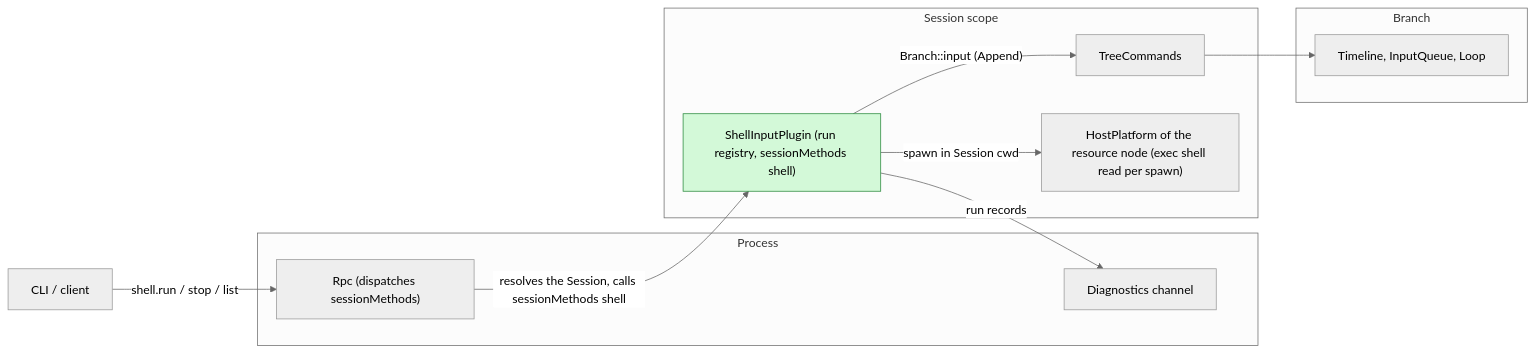
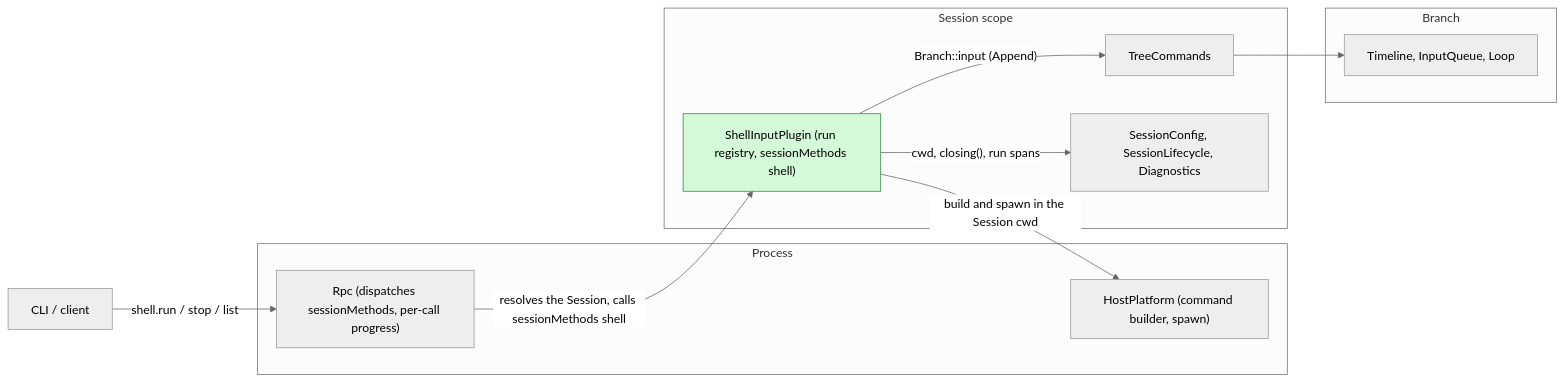
One commit to CoutinhoTTS/dim-agent changed the first of 3 diagrams in docs/design/plugins/ShellInput.md. Above: the diagram before and after it, drawn with Mermaid (neutral theme). The commit also changed other lines of this file, not shown here.

````diff
--- a/docs/design/plugins/ShellInput.md
+++ b/docs/design/plugins/ShellInput.md
@@ -11,23 +9,23 @@
 ```mermaid
 flowchart LR
   CLI["CLI / client"]
   subgraph P["Process"]
-    RPC["Rpc (dispatches sessionMethods)"]
-    DG["Diagnostics channel"]
+    RPC["Rpc (dispatches sessionMethods, per-call progress)"]
+    HP["HostPlatform (command builder, spawn)"]
   end
   subgraph S["Session scope"]
     SI["ShellInputPlugin (run registry, sessionMethods shell)"]:::new
     TC["TreeCommands"]
-    HP["HostPlatform of the resource node (exec shell read per spawn)"]
+    SS["SessionConfig, SessionLifecycle, Diagnostics"]
   end
   subgraph B["Branch"]
     IQ["Timeline, InputQueue, Loop"]
   end
   CLI -- "shell.run / stop / list" --> RPC
   RPC -- "resolves the Session, calls sessionMethods shell" --> SI
-  SI -- "spawn in Session cwd" --> HP
+  SI -- "build and spawn in the Session cwd" --> HP
   SI -- "Branch::input (Append)" --> TC
   TC --> IQ
-  SI -- "run records" --> DG
+  SI -- "cwd, closing(), run spans" --> SS
   classDef new fill:#d3f9d8,stroke:#2b8a3e,color:#000
 ```
````
